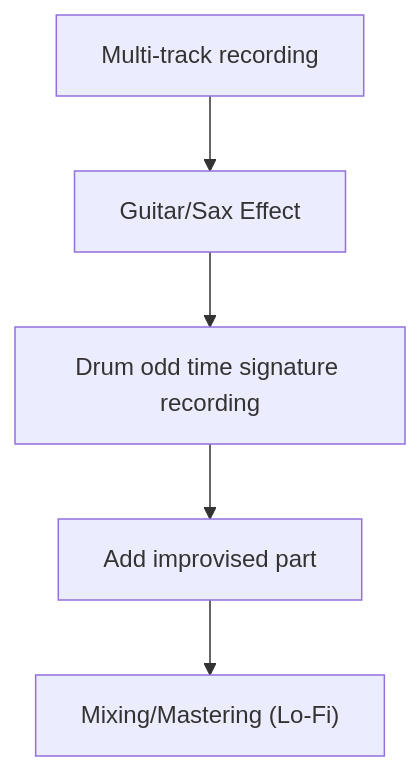
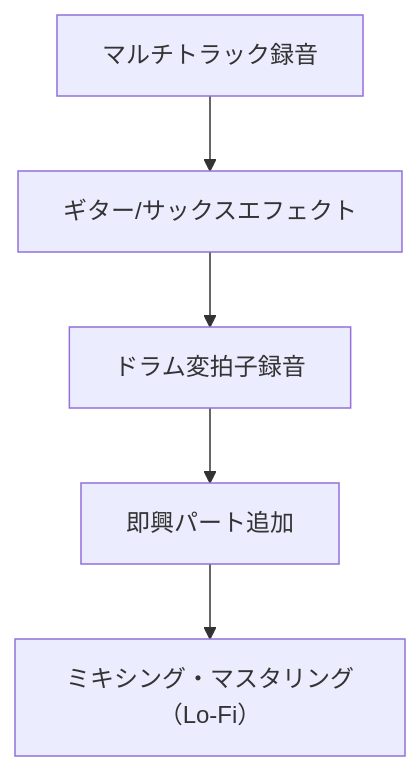
The eighth of 18 diagrams in en/_posts/2025-11-22-column-butthole-surfers.md (monumental-movement/monumental-movement.github.io), drawn with Mermaid before and after one commit. The commit also changed other lines of this file and 2196 other files, not shown here.

```diff
--- a/en/_posts/2025-11-22-column-butthole-surfers.md
+++ b/en/_posts/2025-11-22-column-butthole-surfers.md
@@ -227,7 +226,7 @@
 <div class="mermaid">
 flowchart TD
-    A["Multi-track recording"] --> B["Guitar/Sax Effect"]
-    B --> C["Drum odd time signature recording"]
-    C --> D["Add improvised part"]
-    D --> E["Mixing/Mastering (Lo-Fi)"]
+    A["マルチトラック録音"] --> B["ギター/サックスエフェクト"]
+    B --> C["ドラム変拍子録音"]
+    C --> D["即興パート追加"]
+    D --> E["ミキシング・マスタリング（Lo-Fi）"]
 </div>
```
